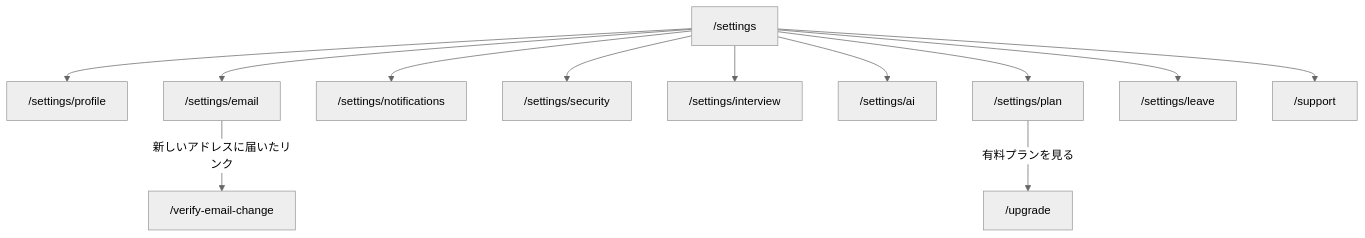
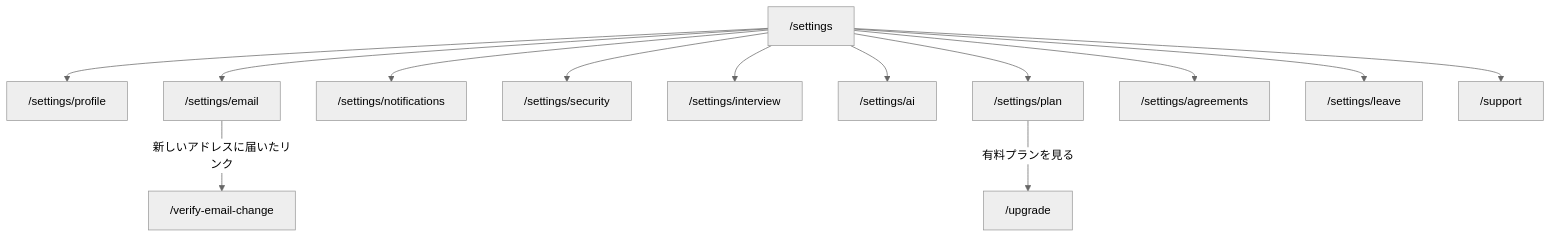
The diagram in apps/internal-dashboard/content/docs/pages/member-settings.md (masseater/typescript-template), drawn with Mermaid (neutral theme) before and after one commit. The commit also changed other lines of this file and 131 other files, not shown here.

````diff
--- a/apps/internal-dashboard/content/docs/pages/member-settings.md
+++ b/apps/internal-dashboard/content/docs/pages/member-settings.md
@@ -87,14 +95,15 @@
 ```mermaid
 flowchart TD
   settings["/settings"] --> profile["/settings/profile"]
   settings --> email["/settings/email"]
   email -- 新しいアドレスに届いたリンク --> verify["/verify-email-change"]
   settings --> notifications["/settings/notifications"]
   settings --> security["/settings/security"]
   settings --> interview["/settings/interview"]
   settings --> ai["/settings/ai"]
   settings --> plan["/settings/plan"]
+  settings --> agreements["/settings/agreements"]
   settings --> leave["/settings/leave"]
   settings --> support["/support"]
   plan -- 有料プランを見る --> upgrade["/upgrade"]
 ```
````
